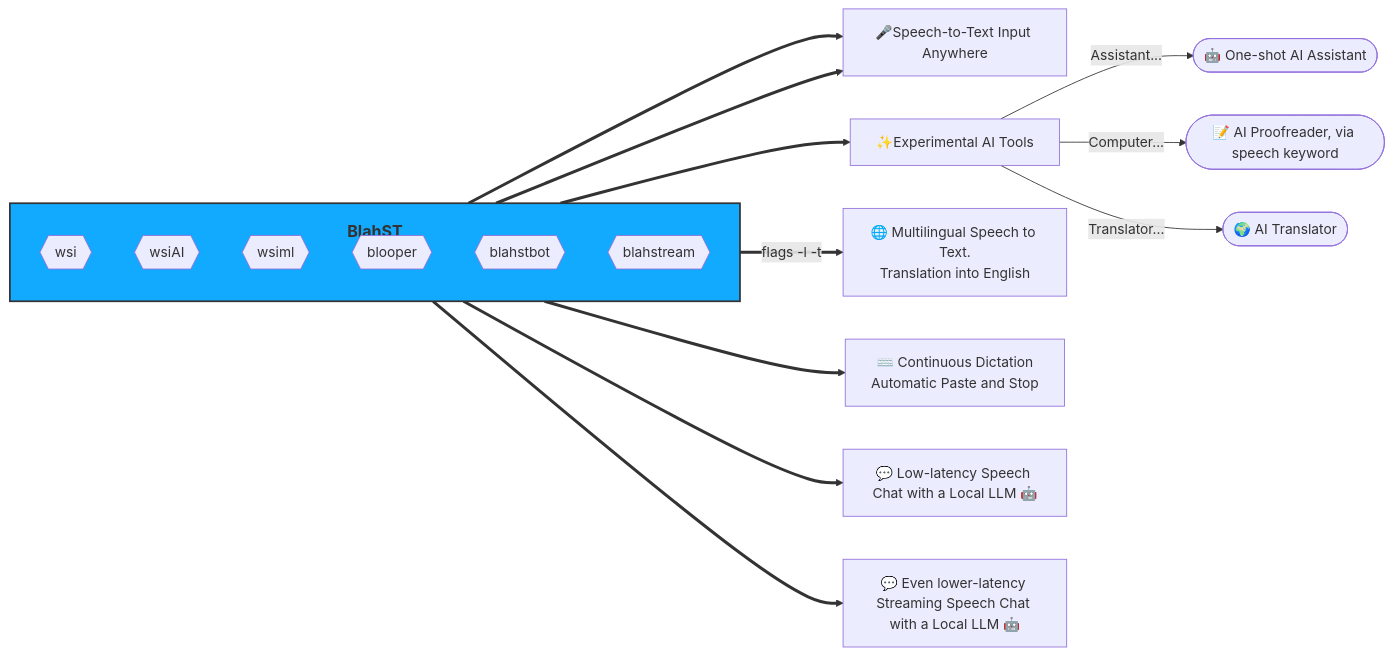
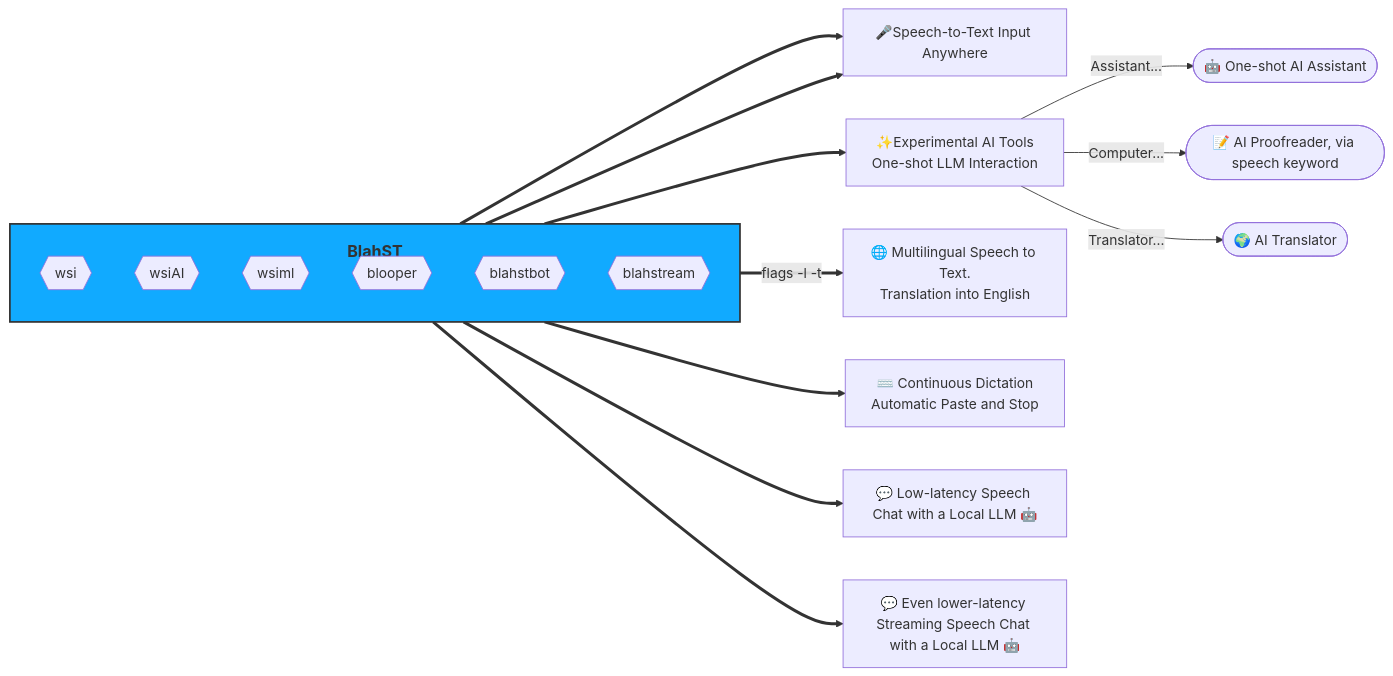
One commit to QuantiusBenignus/BlahST changed the diagram in README.md. Above: the diagram before and after it, drawn with Mermaid.

````diff
--- a/README.md
+++ b/README.md
@@ -41,24 +41,24 @@
 ```mermaid
 flowchart LR
     style net fill:#1af,stroke:#333,stroke-width:2px
     E0==>ST 
     E1 ==> ST[🎤Speech-to-Text Input Anywhere]
-    E1 ==> D[✨Experimental AI Tools]
+    E1 ==> D[✨Experimental AI Tools <br> One-shot LLM Interaction]
     E2 ==>|flags -l -t|Ml[🌐 Multilingual Speech to Text.
 Translation into English]
     E3 ==> D1[⌨️ Continuous Dictation <br> Automatic Paste and Stop]
 	   D -->|"Assistant..."| D6([🤖 One-shot AI Assistant])
      D -->|"Computer..."| D2([📝 AI Proofreader, via speech keyword])
 	   D --> |"Translator..."|D4([🌍 AI Translator])
     E4 ==> D3[💬 Low-latency Speech Chat with a Local LLM 🤖]
     E5 ==> D7[💬 Even lower-latency Streaming Speech Chat with a Local LLM 🤖]
     subgraph net [<h3><b>BlahST<br></b></h3>]
 	   direction TB
 	   E0{{wsi}}
      E1{{wsiAI}}
      E2{{wsiml}}
      E3{{blooper}}
      E4{{blahstbot}}
      E5{{blahstream}}
     end
 ```
````
